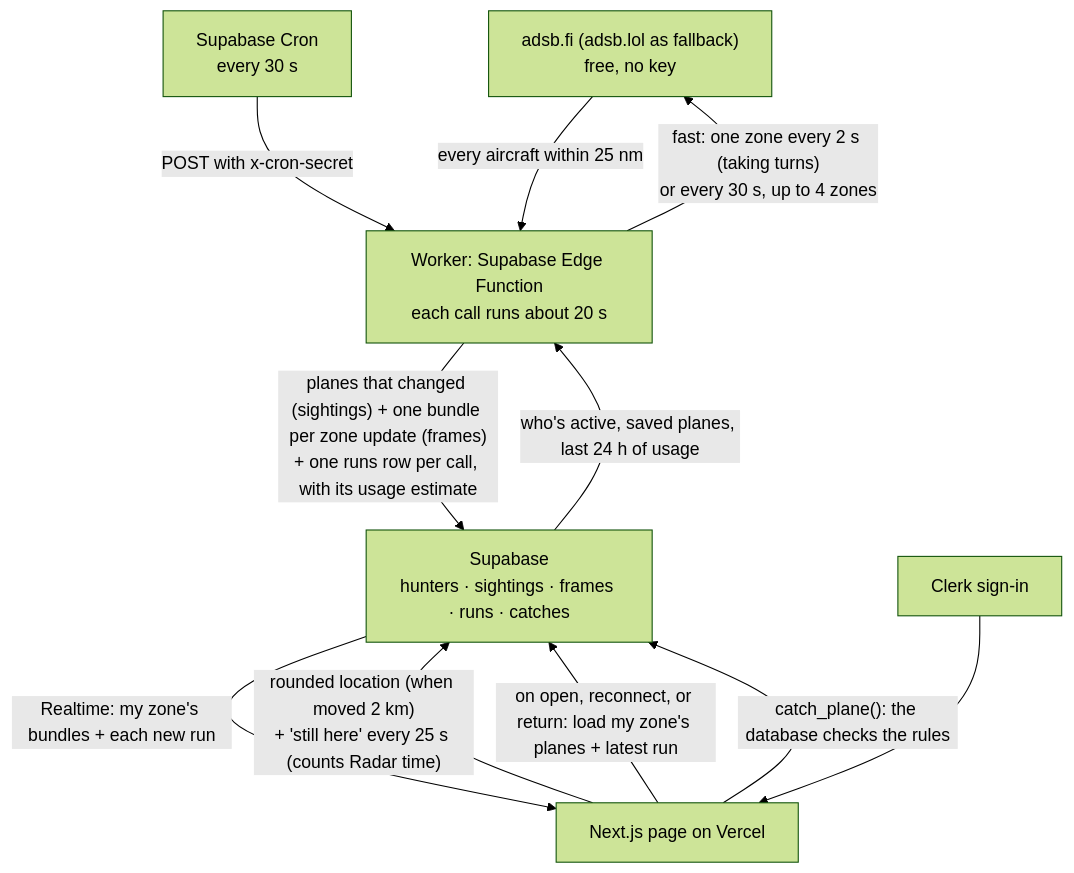
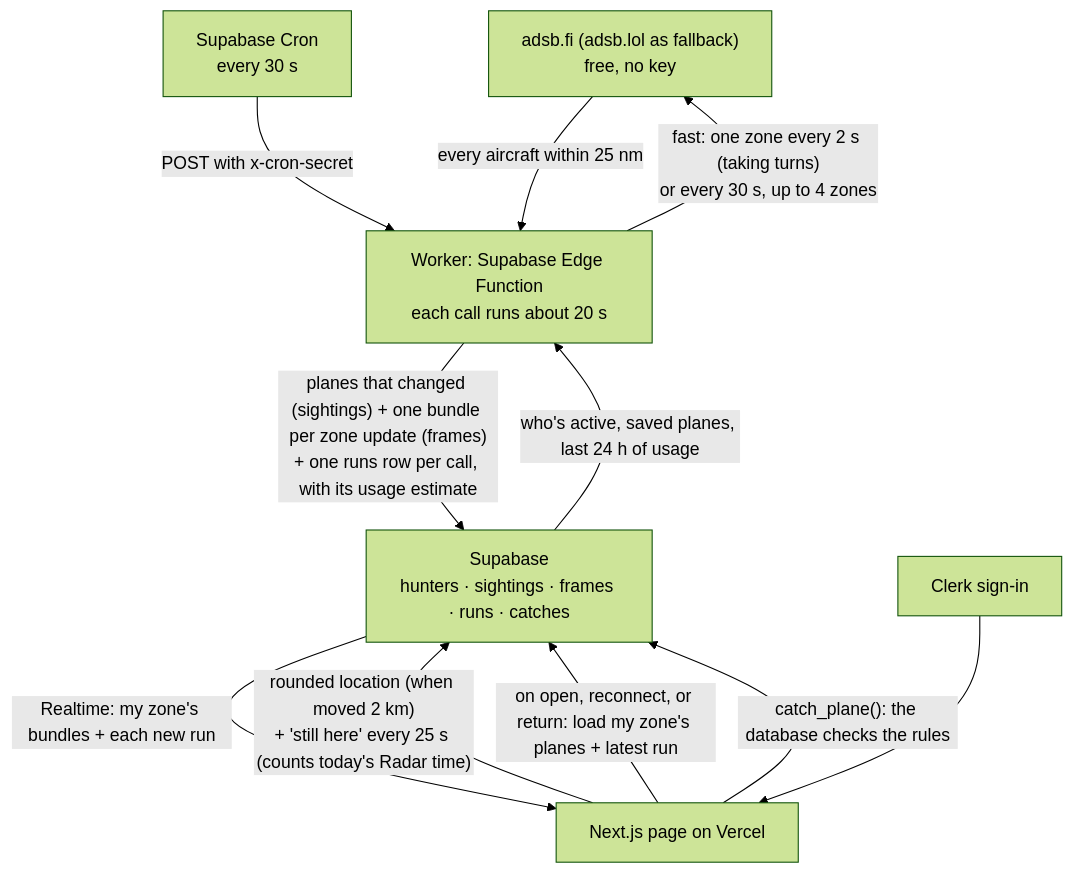
The diagram in docs/data-flow.md (neilpandya01/hw5-dbs), drawn with Mermaid (forest theme) before and after one commit. The commit also changed other lines of this file and 15 other files, not shown here.

````diff
--- a/docs/data-flow.md
+++ b/docs/data-flow.md
@@ -13,20 +13,20 @@
 ```mermaid
 flowchart TD
   SRC["adsb.fi (adsb.lol as fallback)<br/>free, no key"]
   CRON["Supabase Cron<br/>every 30 s"]
   W["Worker: Supabase Edge Function<br/>each call runs about 20 s"]
   DB["Supabase<br/>hunters · sightings · frames · runs · catches"]
   PAGE["Next.js page on Vercel"]
   CLERK["Clerk sign-in"]
 
-  PAGE -- "rounded location (when moved 2 km)<br/>+ 'still here' every 25 s (counts Radar time)" --> DB
+  PAGE -- "rounded location (when moved 2 km)<br/>+ 'still here' every 25 s (counts today's Radar time)" --> DB
   CRON -- "POST with x-cron-secret" --> W
   DB -- "who's active, saved planes, last 24 h of usage" --> W
   W -- "fast: one zone every 2 s (taking turns)<br/>or every 30 s, up to 4 zones" --> SRC
   SRC -- "every aircraft within 25 nm" --> W
   W -- "planes that changed (sightings) + one bundle per zone update (frames)<br/>+ one runs row per call, with its usage estimate" --> DB
   DB -- "Realtime: my zone's bundles + each new run" --> PAGE
   PAGE -- "on open, reconnect, or return: load my zone's planes + latest run" --> DB
   CLERK --> PAGE
   PAGE -- "catch_plane(): the database checks the rules" --> DB
 ```
````
